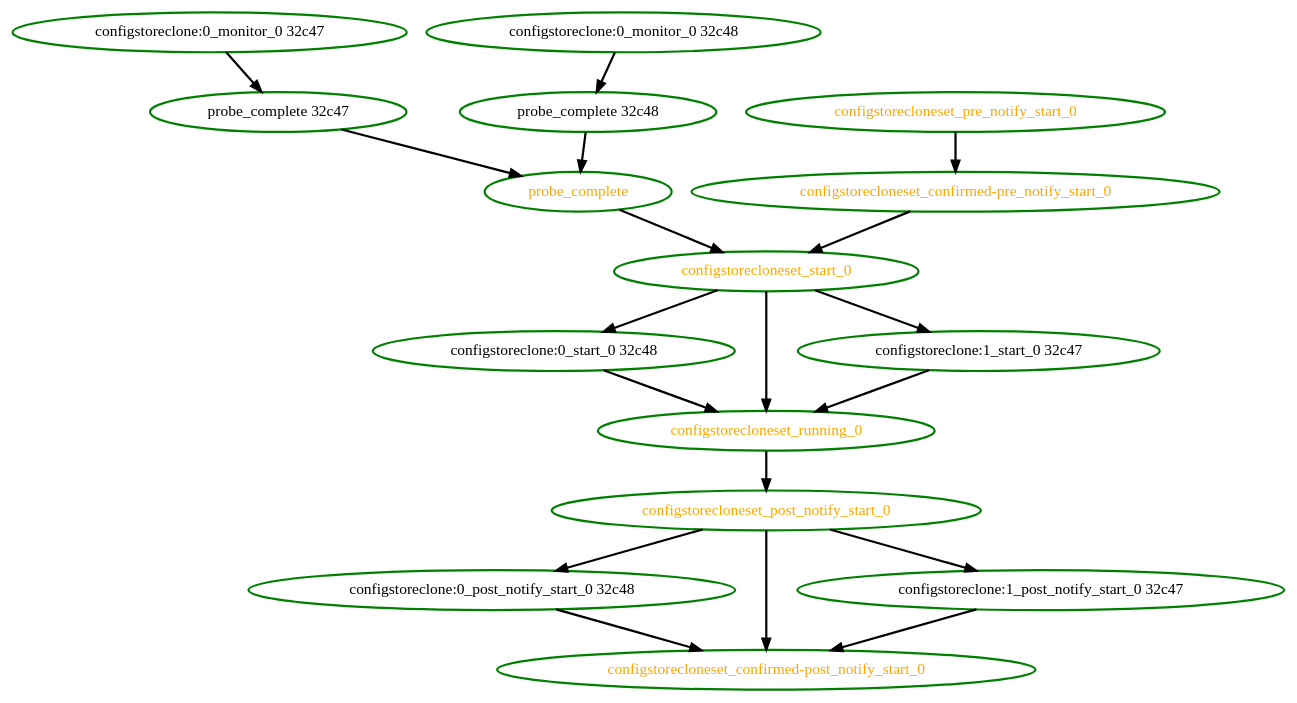
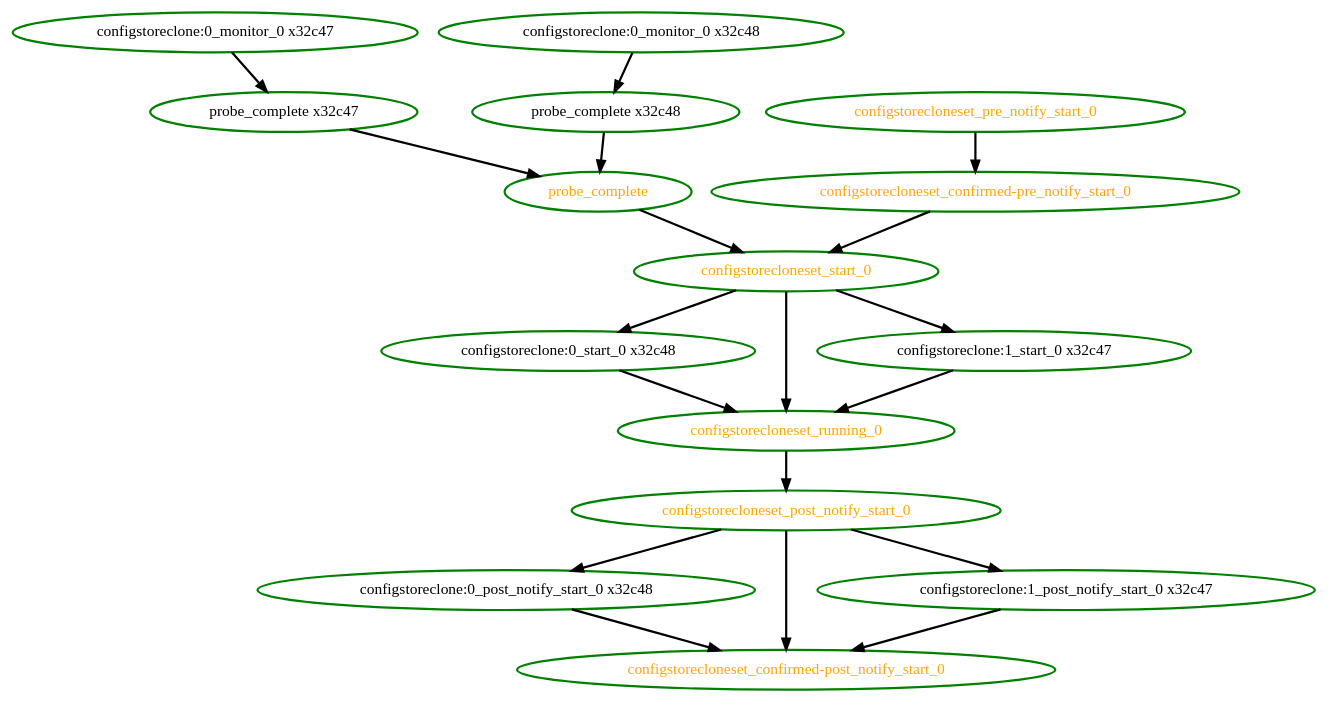
One commit to linux-ha-japan/pm_diskd changed the diagram in pengine/testcases/probe-0.dot. Above: the diagram before and after it, drawn with Graphviz. The commit also changed 2 other files, not shown here.

Commit message:
Low: PE: Repair the probe-0 expected output

```diff
--- a/pengine/testcases/probe-0.dot
+++ b/pengine/testcases/probe-0.dot
@@ -1,35 +1,35 @@
  digraph "g" {
-"configstoreclone:0_monitor_0 32c47" -> "probe_complete 32c47" [ style = bold]
-"configstoreclone:0_monitor_0 32c47" [ style=bold color="green" fontcolor="black" ]
-"configstoreclone:0_monitor_0 32c48" -> "probe_complete 32c48" [ style = bold]
-"configstoreclone:0_monitor_0 32c48" [ style=bold color="green" fontcolor="black" ]
-"configstoreclone:0_post_notify_start_0 32c48" -> "configstorecloneset_confirmed-post_notify_start_0" [ style = bold]
-"configstoreclone:0_post_notify_start_0 32c48" [ style=bold color="green" fontcolor="black" ]
-"configstoreclone:0_start_0 32c48" -> "configstorecloneset_running_0" [ style = bold]
-"configstoreclone:0_start_0 32c48" [ style=bold color="green" fontcolor="black" ]
-"configstoreclone:1_post_notify_start_0 32c47" -> "configstorecloneset_confirmed-post_notify_start_0" [ style = bold]
-"configstoreclone:1_post_notify_start_0 32c47" [ style=bold color="green" fontcolor="black" ]
-"configstoreclone:1_start_0 32c47" -> "configstorecloneset_running_0" [ style = bold]
-"configstoreclone:1_start_0 32c47" [ style=bold color="green" fontcolor="black" ]
+"configstoreclone:0_monitor_0 x32c47" -> "probe_complete x32c47" [ style = bold]
+"configstoreclone:0_monitor_0 x32c47" [ style=bold color="green" fontcolor="black" ]
+"configstoreclone:0_monitor_0 x32c48" -> "probe_complete x32c48" [ style = bold]
+"configstoreclone:0_monitor_0 x32c48" [ style=bold color="green" fontcolor="black" ]
+"configstoreclone:0_post_notify_start_0 x32c48" -> "configstorecloneset_confirmed-post_notify_start_0" [ style = bold]
+"configstoreclone:0_post_notify_start_0 x32c48" [ style=bold color="green" fontcolor="black" ]
+"configstoreclone:0_start_0 x32c48" -> "configstorecloneset_running_0" [ style = bold]
+"configstoreclone:0_start_0 x32c48" [ style=bold color="green" fontcolor="black" ]
+"configstoreclone:1_post_notify_start_0 x32c47" -> "configstorecloneset_confirmed-post_notify_start_0" [ style = bold]
+"configstoreclone:1_post_notify_start_0 x32c47" [ style=bold color="green" fontcolor="black" ]
+"configstoreclone:1_start_0 x32c47" -> "configstorecloneset_running_0" [ style = bold]
+"configstoreclone:1_start_0 x32c47" [ style=bold color="green" fontcolor="black" ]
 "configstorecloneset_confirmed-post_notify_start_0" [ style=bold color="green" fontcolor="orange" ]
 "configstorecloneset_confirmed-pre_notify_start_0" -> "configstorecloneset_start_0" [ style = bold]
 "configstorecloneset_confirmed-pre_notify_start_0" [ style=bold color="green" fontcolor="orange" ]
-"configstorecloneset_post_notify_start_0" -> "configstoreclone:0_post_notify_start_0 32c48" [ style = bold]
-"configstorecloneset_post_notify_start_0" -> "configstoreclone:1_post_notify_start_0 32c47" [ style = bold]
+"configstorecloneset_post_notify_start_0" -> "configstoreclone:0_post_notify_start_0 x32c48" [ style = bold]
+"configstorecloneset_post_notify_start_0" -> "configstoreclone:1_post_notify_start_0 x32c47" [ style = bold]
 "configstorecloneset_post_notify_start_0" -> "configstorecloneset_confirmed-post_notify_start_0" [ style = bold]
 "configstorecloneset_post_notify_start_0" [ style=bold color="green" fontcolor="orange" ]
 "configstorecloneset_pre_notify_start_0" -> "configstorecloneset_confirmed-pre_notify_start_0" [ style = bold]
 "configstorecloneset_pre_notify_start_0" [ style=bold color="green" fontcolor="orange" ]
 "configstorecloneset_running_0" -> "configstorecloneset_post_notify_start_0" [ style = bold]
 "configstorecloneset_running_0" [ style=bold color="green" fontcolor="orange" ]
-"configstorecloneset_start_0" -> "configstoreclone:0_start_0 32c48" [ style = bold]
-"configstorecloneset_start_0" -> "configstoreclone:1_start_0 32c47" [ style = bold]
+"configstorecloneset_start_0" -> "configstoreclone:0_start_0 x32c48" [ style = bold]
+"configstorecloneset_start_0" -> "configstoreclone:1_start_0 x32c47" [ style = bold]
 "configstorecloneset_start_0" -> "configstorecloneset_running_0" [ style = bold]
 "configstorecloneset_start_0" [ style=bold color="green" fontcolor="orange" ]
-"probe_complete 32c47" -> "probe_complete" [ style = bold]
-"probe_complete 32c47" [ style=bold color="green" fontcolor="black" ]
-"probe_complete 32c48" -> "probe_complete" [ style = bold]
-"probe_complete 32c48" [ style=bold color="green" fontcolor="black" ]
+"probe_complete x32c47" -> "probe_complete" [ style = bold]
+"probe_complete x32c47" [ style=bold color="green" fontcolor="black" ]
+"probe_complete x32c48" -> "probe_complete" [ style = bold]
+"probe_complete x32c48" [ style=bold color="green" fontcolor="black" ]
 "probe_complete" -> "configstorecloneset_start_0" [ style = bold]
 "probe_complete" [ style=bold color="green" fontcolor="orange" ]
 }
```
